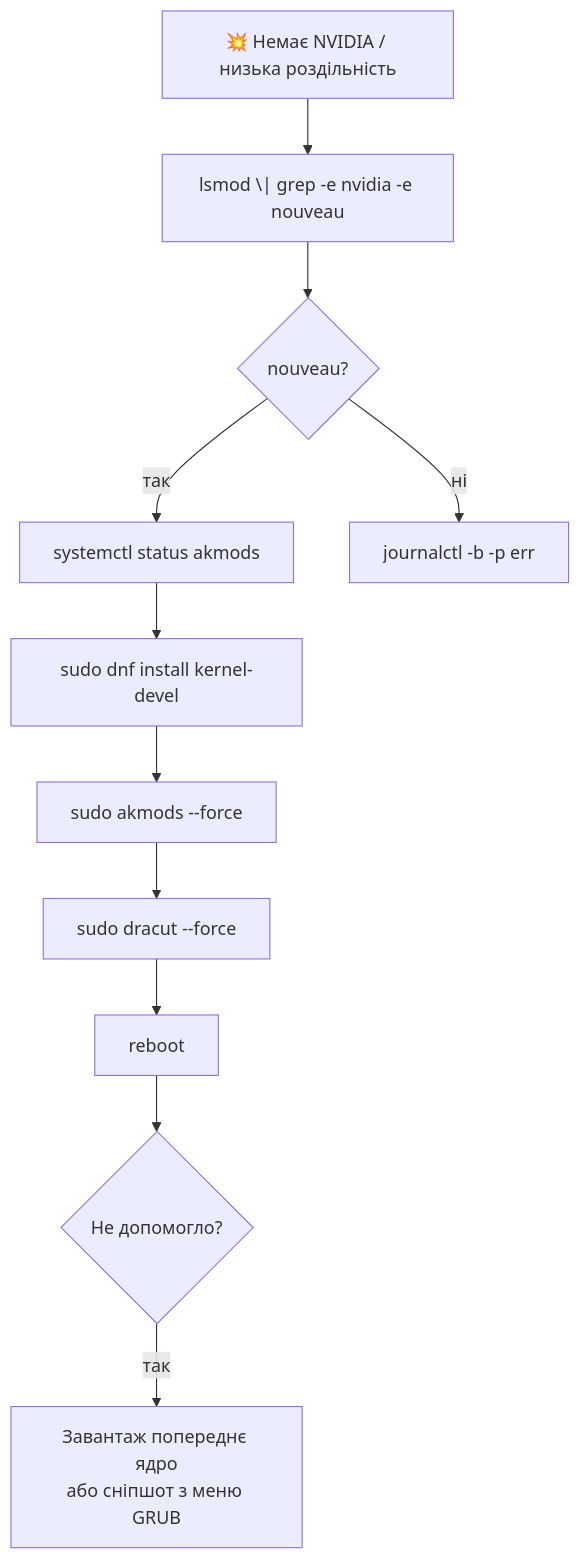
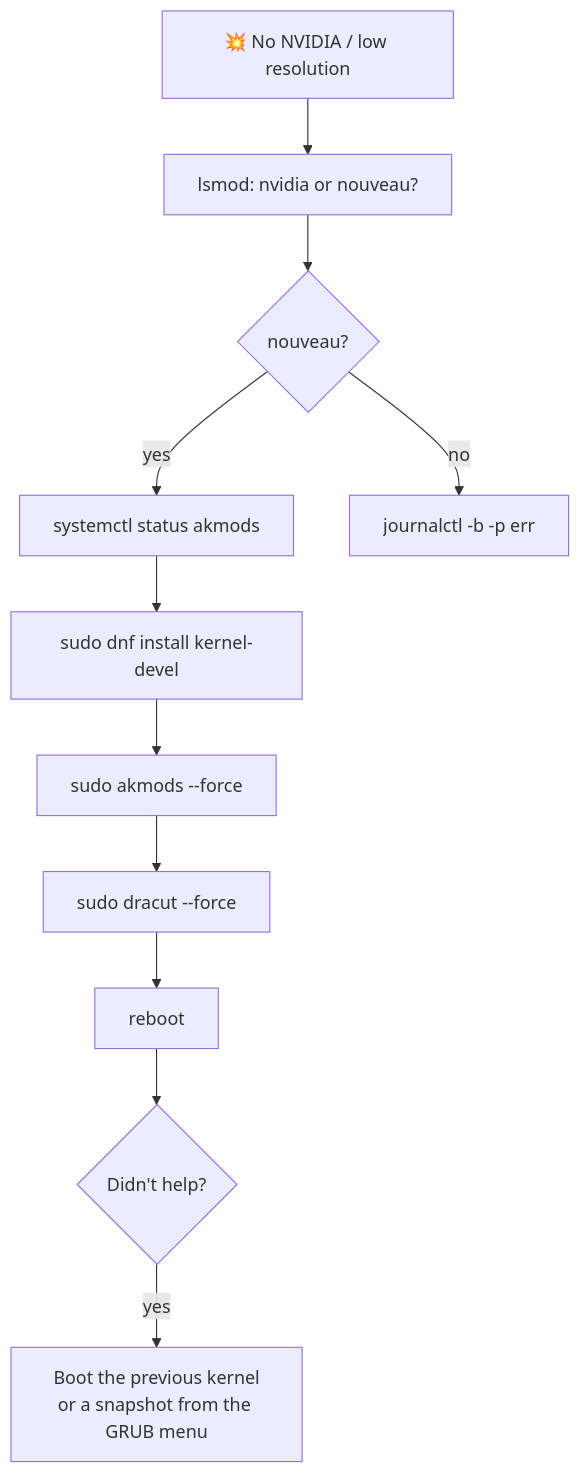
Before and after one commit to andriyevski/python-learning-portfolio: diagram 11 of 13 in commands.md, drawn with Mermaid. The commit also changed other lines of this file and 3 other files, not shown here.

````diff
--- a/commands.md
+++ b/commands.md
@@ -713,13 +722,13 @@
 ```mermaid
 graph TD
-    A["💥 Немає NVIDIA / низька роздільність"] --> B["lsmod \| grep -e nvidia -e nouveau"]
+    A["💥 No NVIDIA / low resolution"] --> B["lsmod: nvidia or nouveau?"]
     B --> C{"nouveau?"}
-    C -->|"так"| D["systemctl status akmods"]
+    C -->|"yes"| D["systemctl status akmods"]
     D --> E["sudo dnf install kernel-devel"]
     E --> F["sudo akmods --force"]
     F --> G["sudo dracut --force"]
     G --> H["reboot"]
-    C -->|"ні"| I["journalctl -b -p err"]
-    H --> J{"Не допомогло?"}
-    J -->|"так"| K["Завантаж попереднє ядро<br/>або сніпшот з меню GRUB"]
+    C -->|"no"| I["journalctl -b -p err"]
+    H --> J{"Didn't help?"}
+    J -->|"yes"| K["Boot the previous kernel<br/>or a snapshot from the GRUB menu"]
 ```
````
